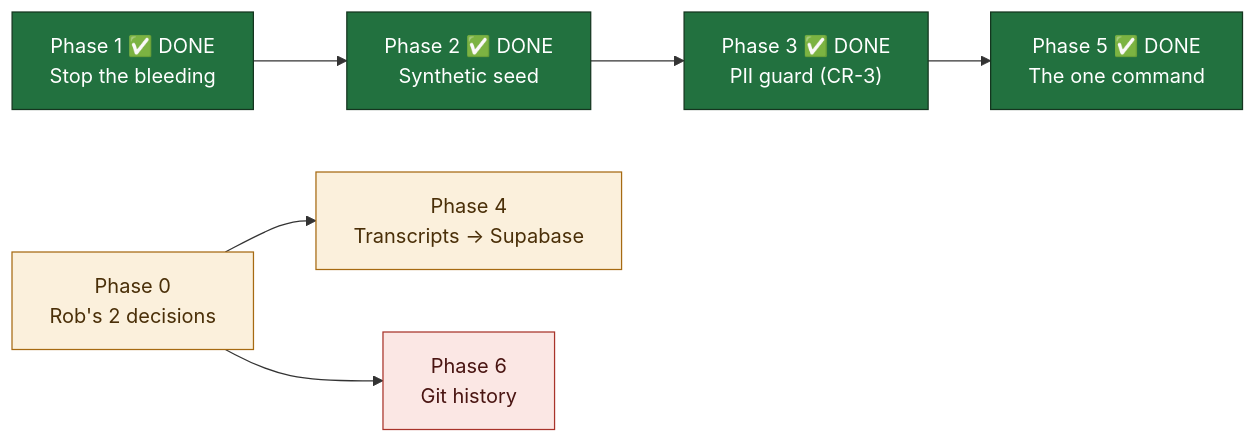
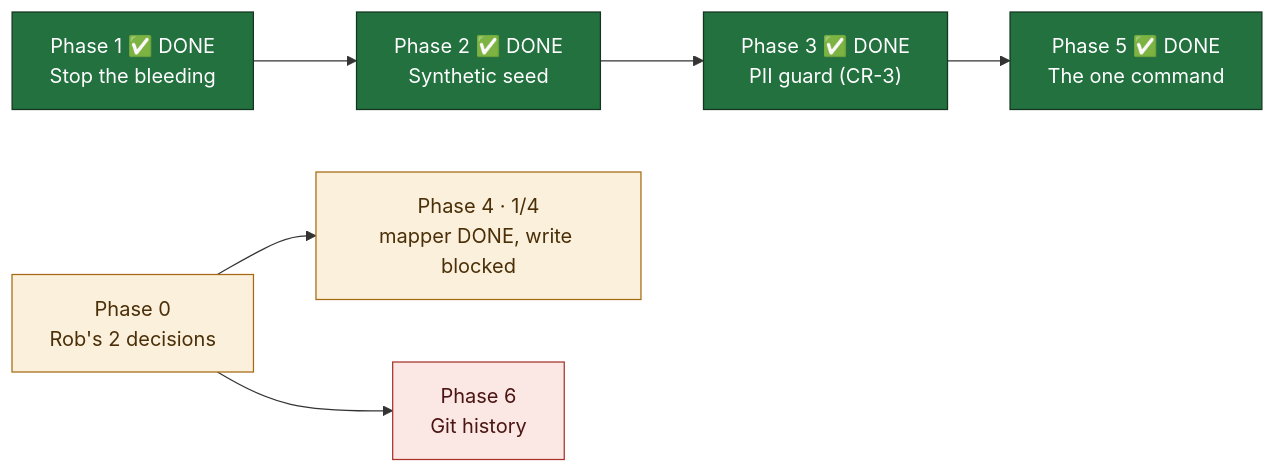
One commit to blacklabelbob/mle-rob-dashboard changed the diagram in docs/plans/PRD-scaffolding-in-git-data-in-supabase-v1.md. Above: the diagram before and after it, drawn with Mermaid. The commit also changed other lines of this file and 3 other files, not shown here.

````diff
--- a/docs/plans/PRD-scaffolding-in-git-data-in-supabase-v1.md
+++ b/docs/plans/PRD-scaffolding-in-git-data-in-supabase-v1.md
@@ -30,19 +30,19 @@
 ```mermaid
 graph LR
   P0["Phase 0<br/>Rob's 2 decisions"]:::blocked
   P1["Phase 1 ✅ DONE<br/>Stop the bleeding"]:::done
   P2["Phase 2 ✅ DONE<br/>Synthetic seed"]:::done
   P3["Phase 3 ✅ DONE<br/>PII guard (CR-3)"]:::done
   P5["Phase 5 ✅ DONE<br/>The one command"]:::done
-  P4["Phase 4<br/>Transcripts → Supabase"]:::blocked
+  P4["Phase 4 · 1/4<br/>mapper DONE, write blocked"]:::blocked
   P6["Phase 6<br/>Git history"]:::danger
 
   P1 --> P2 --> P3 --> P5
   P0 --> P4
   P0 --> P6
 
   classDef done fill:#22713F,stroke:#14351F,color:#FFFFFF
   classDef ready fill:#E2F1E7,stroke:#22713F,color:#14351F
   classDef blocked fill:#FBF0DC,stroke:#A66A12,color:#4A2F08
   classDef danger fill:#FBE7E4,stroke:#A8332A,color:#4A1512
 ```
````
